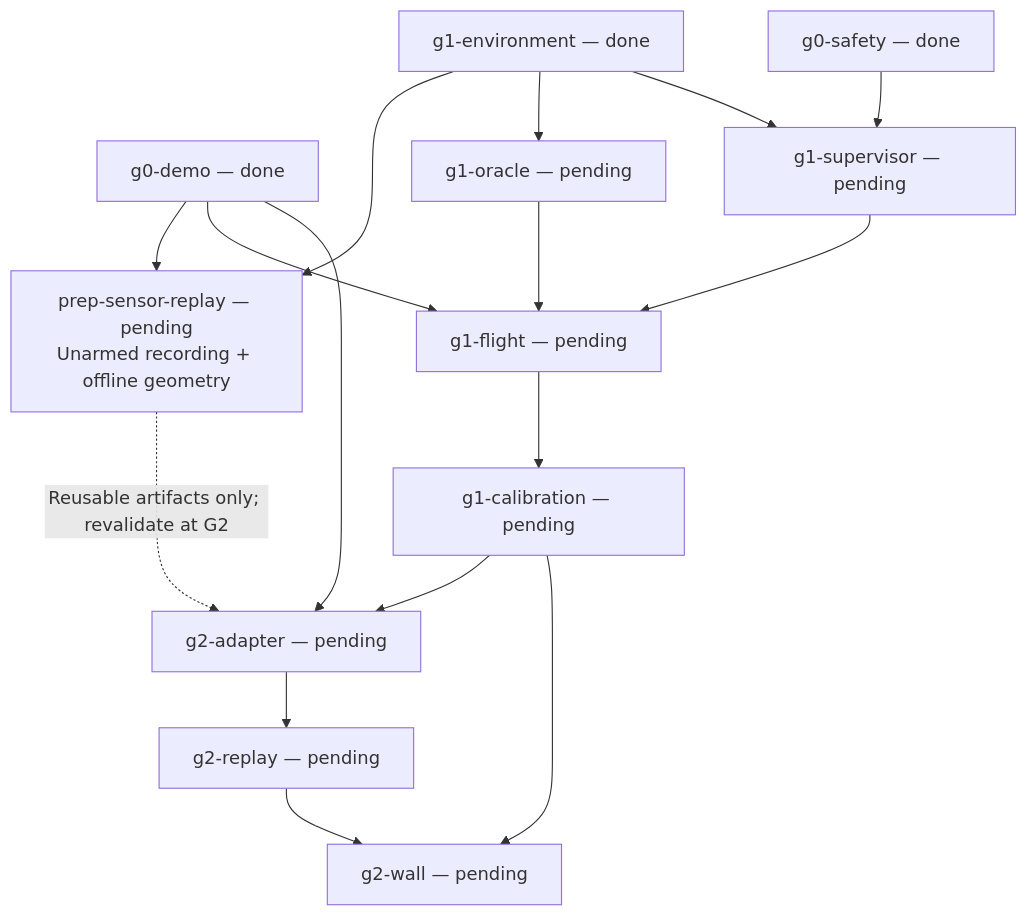
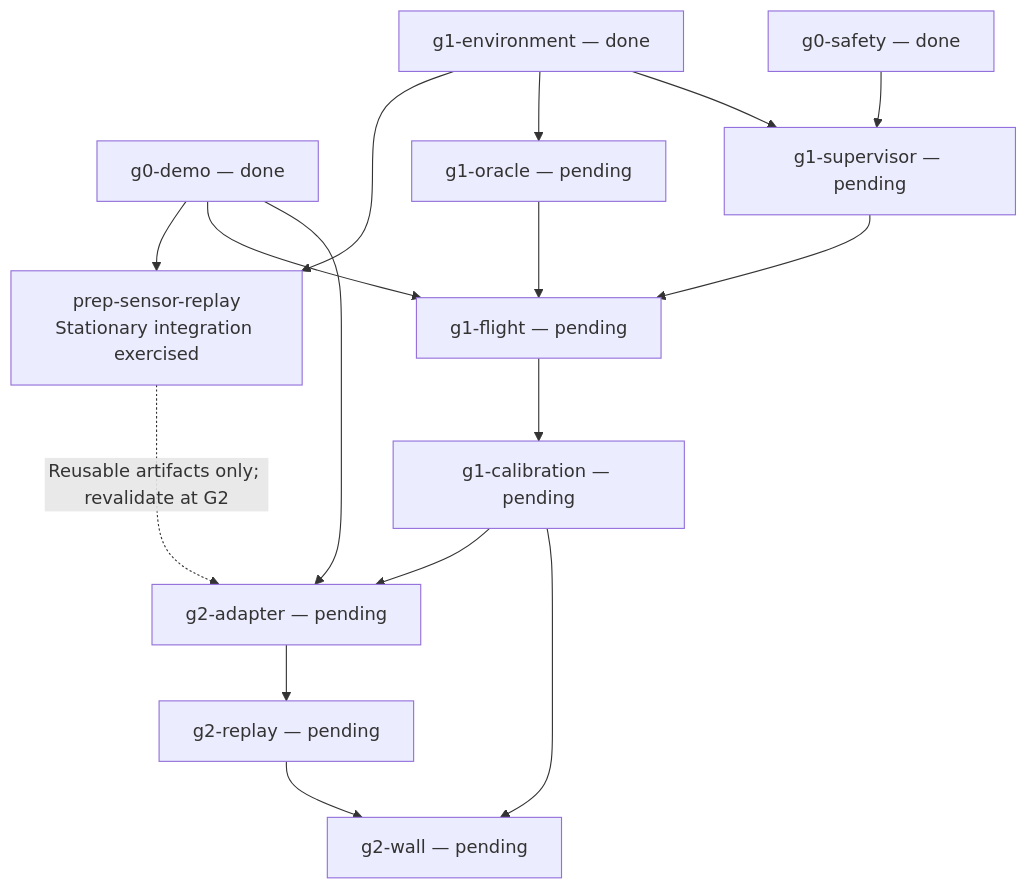
One commit to minhtri-bi/drone-CV changed the diagram in docs/SENSOR_REPLAY_PLAN.md. Above: the diagram before and after it, drawn with Mermaid. The commit also changed other lines of this file and 28 other files, not shown here.

Commit message:
feat: add unarmed sensor capture and geometry replay

````diff
--- a/docs/SENSOR_REPLAY_PLAN.md
+++ b/docs/SENSOR_REPLAY_PLAN.md
@@ -32,18 +32,18 @@
 ```mermaid
 flowchart TD
-    E["g1-environment — done"] --> U["prep-sensor-replay — pending<br/>Unarmed recording + offline geometry"]
+    E["g1-environment — done"] --> U["prep-sensor-replay<br/>Stationary integration exercised"]
     D["g0-demo — done"] --> U
     E --> O["g1-oracle — pending"]
     E --> S["g1-supervisor — pending"]
     B["g0-safety — done"] --> S
     O --> F["g1-flight — pending"]
     S --> F
     D --> F
     F --> C["g1-calibration — pending"]
     C --> A["g2-adapter — pending"]
     D --> A
     A --> R["g2-replay — pending"]
     R --> W["g2-wall — pending"]
     C --> W
     U -. "Reusable artifacts only; revalidate at G2" .-> A
 ```
````
